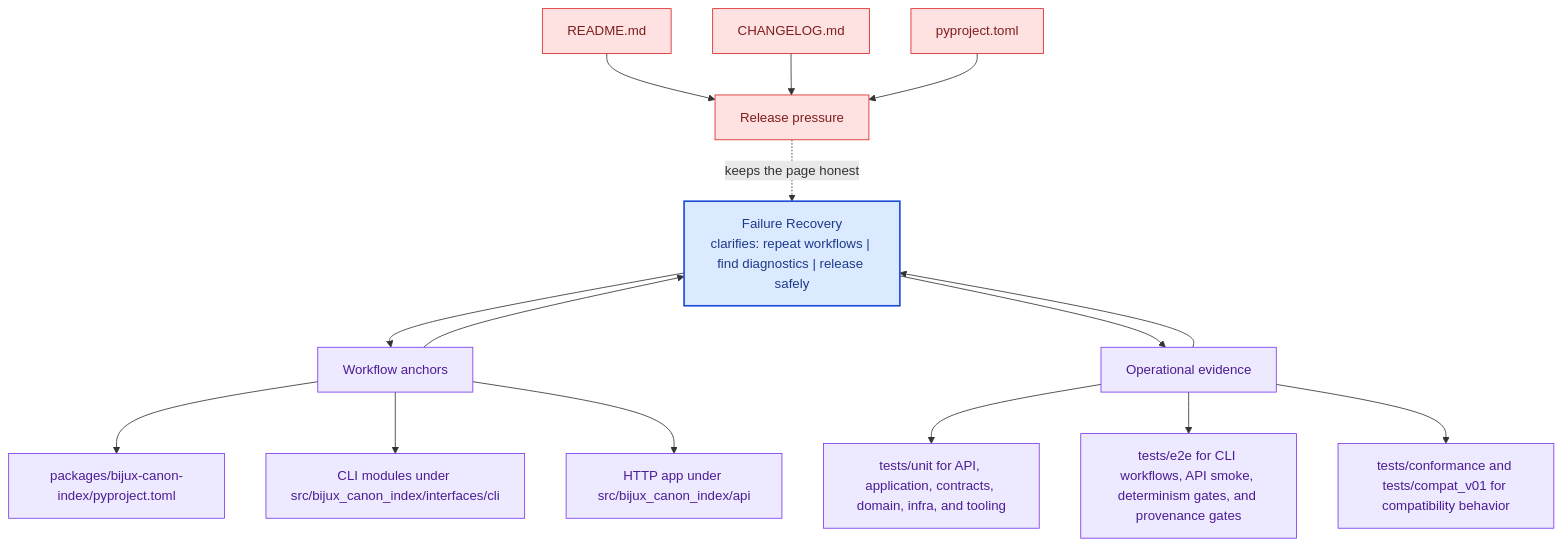
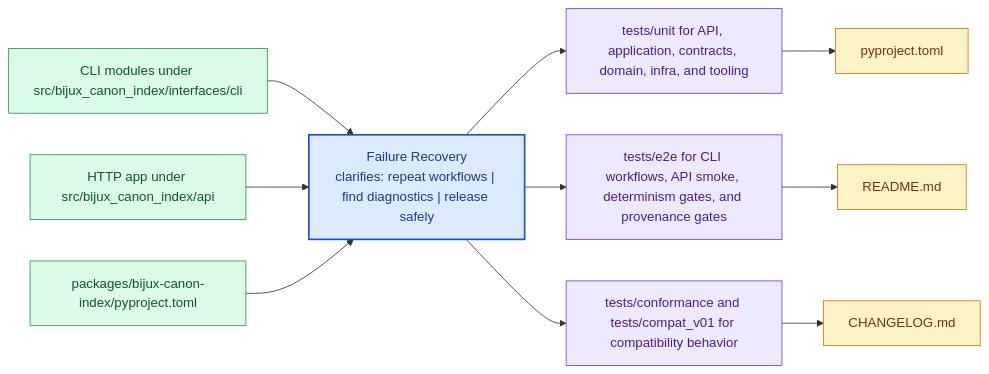
One commit to bijux/bijux-canon changed the diagram in docs/bijux-canon-index/operations/failure-recovery.md. Above: the diagram before and after it, drawn with Mermaid. The commit also changed other lines of this file and 281 other files, not shown here.

Commit message:
docs(diagrams): replace repeated mermaid scaffolds with page-specific summaries

````diff
--- a/docs/bijux-canon-index/operations/failure-recovery.md
+++ b/docs/bijux-canon-index/operations/failure-recovery.md
@@ -67,41 +22,31 @@
 ```mermaid
-flowchart TB
-    promise["Failure Recovery<br/>clarifies: repeat workflows | find diagnostics | release safely"]
-    classDef promise fill:#dbeafe,stroke:#1d4ed8,color:#1e3a8a,stroke-width:2px;
-    classDef driver fill:#dcfce7,stroke:#16a34a,color:#14532d;
-    classDef constraint fill:#fee2e2,stroke:#dc2626,color:#7f1d1d;
-    classDef ground fill:#ede9fe,stroke:#7c3aed,color:#4c1d95;
-    focus1["Workflow anchors"]
-    focus1 --> promise
-    promise --> focus1
-    focus1_1["packages/bijux-canon-index/pyproject.toml"]
-    focus1 --> focus1_1
-    focus1_2["CLI modules under src/bijux_canon_index/interfaces/cli"]
-    focus1 --> focus1_2
-    focus1_3["HTTP app under src/bijux_canon_index/api"]
-    focus1 --> focus1_3
-    class focus1 ground;
-    class focus1_1,focus1_2,focus1_3 ground;
-    focus2["Operational evidence"]
-    focus2 --> promise
-    promise --> focus2
-    focus2_1["tests/unit for API, application, contracts, domain, infra, and tooling"]
-    focus2 --> focus2_1
-    focus2_2["tests/e2e for CLI workflows, API smoke, determinism gates, and provenance gates"]
-    focus2 --> focus2_2
-    focus2_3["tests/conformance and tests/compat_v01 for compatibility behavior"]
-    focus2 --> focus2_3
-    class focus2 ground;
-    class focus2_1,focus2_2,focus2_3 ground;
-    focus3["Release pressure"]
-    focus3 -.keeps the page honest.-> promise
-    focus3_1["README.md"]
-    focus3_1 --> focus3
-    focus3_2["CHANGELOG.md"]
-    focus3_2 --> focus3
-    focus3_3["pyproject.toml"]
-    focus3_3 --> focus3
-    class focus3 constraint;
-    class focus3_1,focus3_2,focus3_3 constraint;
-    class promise promise;
+flowchart LR
+    page["Failure Recovery<br/>clarifies: repeat workflows | find diagnostics | release safely"]
+    classDef page fill:#dbeafe,stroke:#1d4ed8,color:#1e3a8a,stroke-width:2px;
+    classDef positive fill:#dcfce7,stroke:#16a34a,color:#14532d;
+    classDef caution fill:#fee2e2,stroke:#dc2626,color:#7f1d1d;
+    classDef anchor fill:#ede9fe,stroke:#7c3aed,color:#4c1d95;
+    classDef action fill:#fef3c7,stroke:#d97706,color:#7c2d12;
+    step1["CLI modules under src/bijux_canon_index/interfaces/cli"]
+    step1 --> page
+    step2["HTTP app under src/bijux_canon_index/api"]
+    step2 --> page
+    step3["packages/bijux-canon-index/pyproject.toml"]
+    step3 --> page
+    run1["tests/unit for API, application, contracts, domain, infra, and tooling"]
+    page --> run1
+    run2["tests/e2e for CLI workflows, API smoke, determinism gates, and provenance gates"]
+    page --> run2
+    run3["tests/conformance and tests/compat_v01 for compatibility behavior"]
+    page --> run3
+    release1["pyproject.toml"]
+    run1 --> release1
+    release2["README.md"]
+    run2 --> release2
+    release3["CHANGELOG.md"]
+    run3 --> release3
+    class page page;
+    class step1,step2,step3 positive;
+    class run1,run2,run3 anchor;
+    class release1,release2,release3 action;
 ```
````
